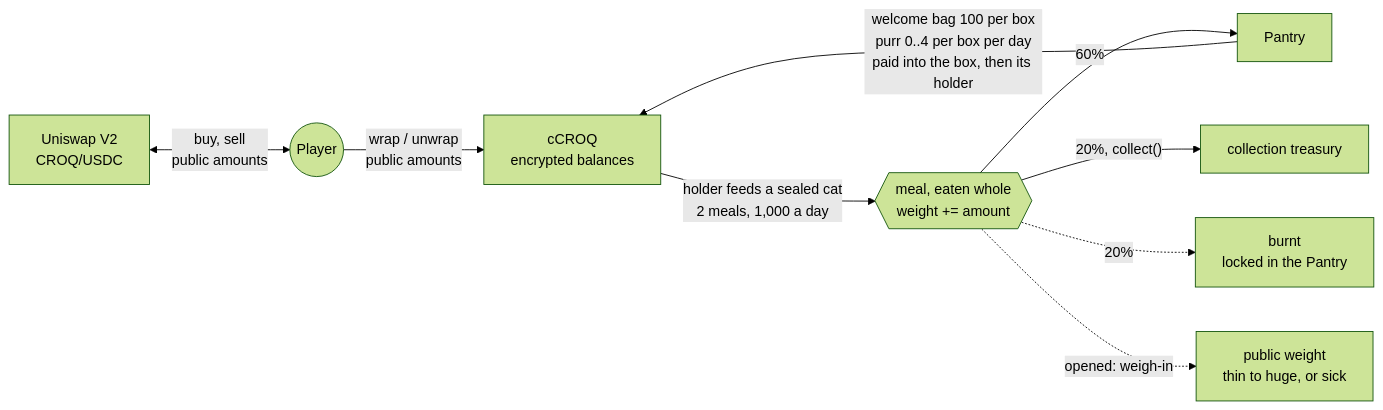
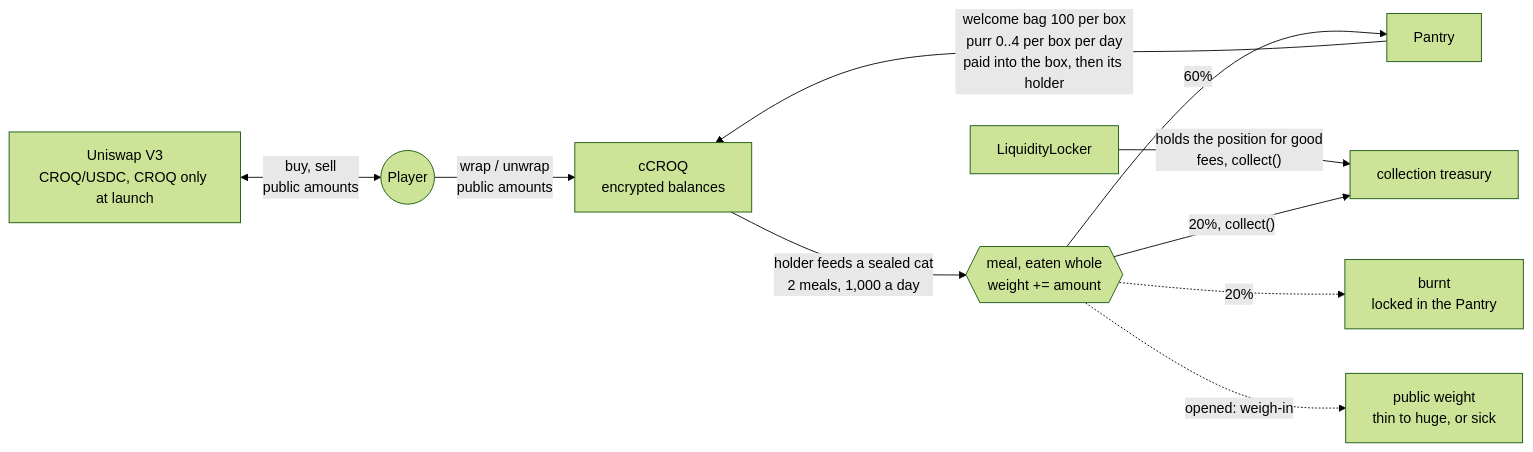
Before and after one commit to jecombe/do_not_open: the third of 3 diagrams in README.md, drawn with Mermaid (forest theme). The commit also changed other lines of this file and 58 other files, not shown here.

Commit message:
Open the CROQ market as a CROQ-only Uniswap V3 position locked for good, and redeploy the collection on Sepolia

````diff
--- a/README.md
+++ b/README.md
@@ -128,11 +128,12 @@
 ```mermaid
 flowchart LR
-  pool["Uniswap V2<br/>CROQ/USDC"] <-- "buy, sell<br/>public amounts" --> player(("Player"))
+  pool["Uniswap V3<br/>CROQ/USDC, CROQ only at launch"] <-- "buy, sell<br/>public amounts" --> player(("Player"))
+  locker["LiquidityLocker"] -- "holds the position for good<br/>fees, collect()" --> treasury
   player -- "wrap / unwrap<br/>public amounts" --> ccroq["cCROQ<br/>encrypted balances"]
   pantry["Pantry"] -- "welcome bag 100 per box<br/>purr 0..4 per box per day<br/>paid into the box, then its holder" --> ccroq
   ccroq -- "holder feeds a sealed cat<br/>2 meals, 1,000 a day" --> meal{{"meal, eaten whole<br/>weight += amount"}}
   meal -- "60%" --> pantry
   meal -- "20%, collect()" --> treasury["collection treasury"]
   meal -. "20%" .-> burnt["burnt<br/>locked in the Pantry"]
   meal -. "opened: weigh-in" .-> build["public weight<br/>thin to huge, or sick"]
 ```
````
